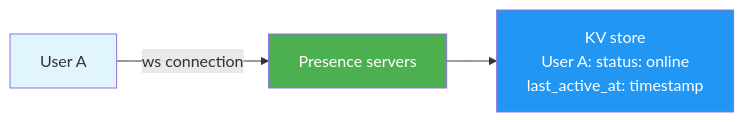
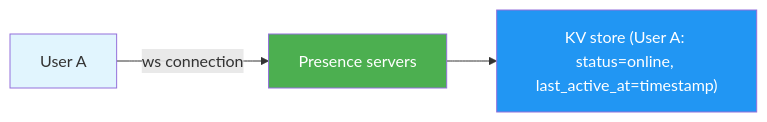
Diagram 14 of 18 in 1.ChatApp.md (NalinDalal/system-design), drawn with Mermaid before and after one commit. The commit also changed other lines of this file, not shown here.

````diff
--- a/1.ChatApp.md
+++ b/1.ChatApp.md
@@ -373,9 +365,9 @@
 ```mermaid
 graph LR
     A[User A] -->|ws connection| B[Presence servers]
-    B --> C[KV store<br/>User A: status: online<br/>last_active_at: timestamp]
+    B --> C["KV store (User A: status=online, last_active_at=timestamp)"]
 
     style A fill:#e1f5fe
     style B fill:#4caf50,color:#fff
     style C fill:#2196f3,color:#fff
 ```
````
